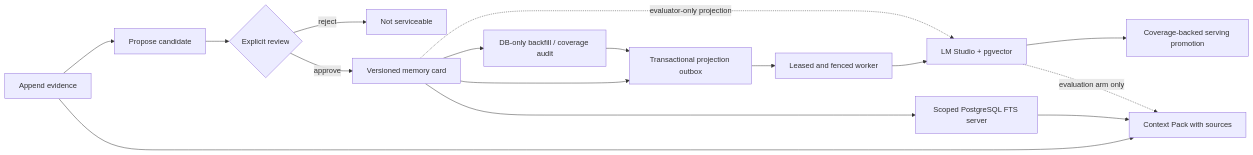
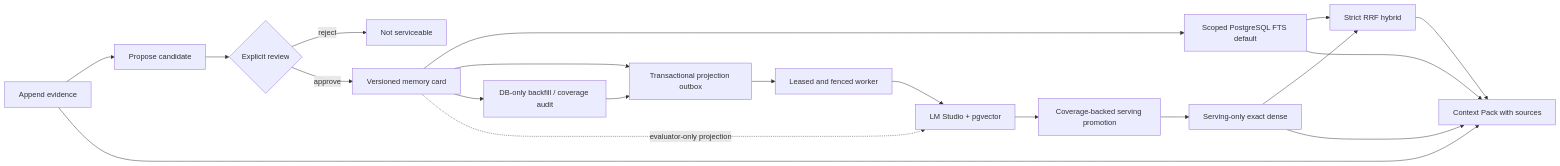
One commit to ksana-ai/agent-memory-system changed the diagram in README.md. Above: the diagram before and after it, drawn with Mermaid. The commit also changed other lines of this file and 25 other files, not shown here.

Commit message:
feat: add serving dense and hybrid retrieval

````diff
--- a/README.md
+++ b/README.md
@@ -11,18 +11,22 @@
 ```mermaid
 flowchart LR
     E[Append evidence] --> C[Propose candidate]
     C --> R{Explicit review}
     R -->|reject| X[Not serviceable]
     R -->|approve| M[Versioned memory card]
-    M --> S[Scoped PostgreSQL FTS server]
+    M --> S[Scoped PostgreSQL FTS default]
     M --> O[Transactional projection outbox]
     M --> B[DB-only backfill / coverage audit]
     B --> O
     O --> W[Leased and fenced worker]
     W --> V[LM Studio + pgvector]
     V --> G[Coverage-backed serving promotion]
+    G --> D[Serving-only exact dense]
+    S --> H[Strict RRF hybrid]
+    D --> H
     M -. evaluator-only projection .-> V
     E --> P[Context Pack with sources]
     S --> P
-    V -. evaluation arm only .-> P
+    D --> P
+    H --> P
 ```
````
